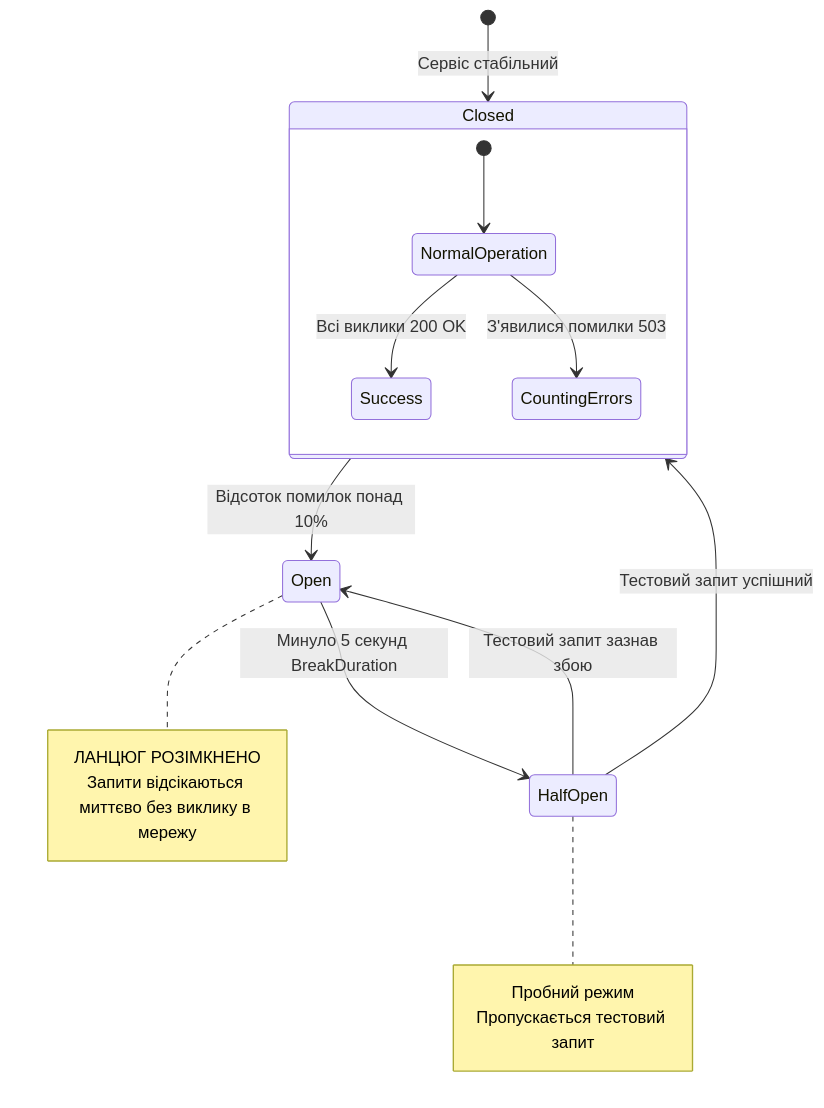
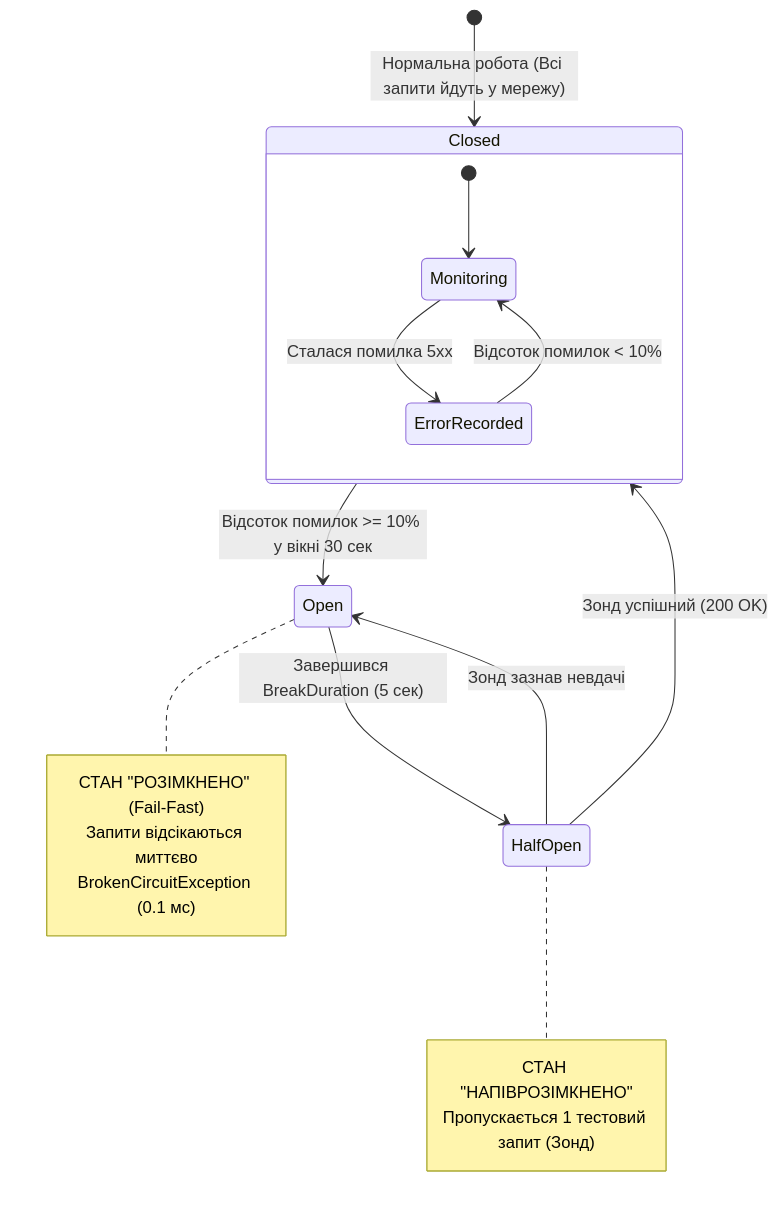
The fifth of 5 diagrams in 02-Microservices-Craftsman/02-01-Aspire-Documentation/06_ServiceDiscovery_Resilience_Polly_HttpClient.md (MrTomkaYurii/Demo-CargoDeliveryService), drawn with Mermaid before and after one commit. The commit also changed other lines of this file and 5 other files, not shown here.

Commit message:
docs(aspire): expand guides 01-06 into comprehensive masterclass with deep theory, code dissections, and verified mermaid diagrams

````diff
--- a/02-Microservices-Craftsman/02-01-Aspire-Documentation/06_ServiceDiscovery_Resilience_Polly_HttpClient.md
+++ b/02-Microservices-Craftsman/02-01-Aspire-Documentation/06_ServiceDiscovery_Resilience_Polly_HttpClient.md
@@ -86,25 +194,26 @@
 ```mermaid
 stateDiagram-v2
-    [*] --> Closed : Сервіс стабільний
+    [*] --> Closed : Нормальна робота (Всі запити йдуть у мережу)
 
     state Closed {
-        [*] --> NormalOperation
-        NormalOperation --> Success : Всі виклики 200 OK
-        NormalOperation --> CountingErrors : З'явилися помилки 503
+        [*] --> Monitoring
+        Monitoring --> ErrorRecorded : Сталася помилка 5xx
+        ErrorRecorded --> Monitoring : Відсоток помилок < 10%
     }
 
-    Closed --> Open : Відсоток помилок понад 10%
+    Closed --> Open : Відсоток помилок >= 10% у вікні 30 сек
     note right of Open
-        ЛАНЦЮГ РОЗІМКНЕНО
-        Запити відсікаються миттєво без виклику в мережу
+        СТАН "РОЗІМКНЕНО" (Fail-Fast)
+        Запити відсікаються миттєво
+        BrokenCircuitException (0.1 мс)
     end note
 
-    Open --> HalfOpen : Минуло 5 секунд BreakDuration
+    Open --> HalfOpen : Завершився BreakDuration (5 сек)
     note right of HalfOpen
-        Пробний режим
-        Пропускається тестовий запит
+        СТАН "НАПІВРОЗІМКНЕНО"
+        Пропускається 1 тестовий запит (Зонд)
     end note
 
-    HalfOpen --> Closed : Тестовий запит успішний
-    HalfOpen --> Open : Тестовий запит зазнав збою
+    HalfOpen --> Closed : Зонд успішний (200 OK)
+    HalfOpen --> Open : Зонд зазнав невдачі
 ```
````
